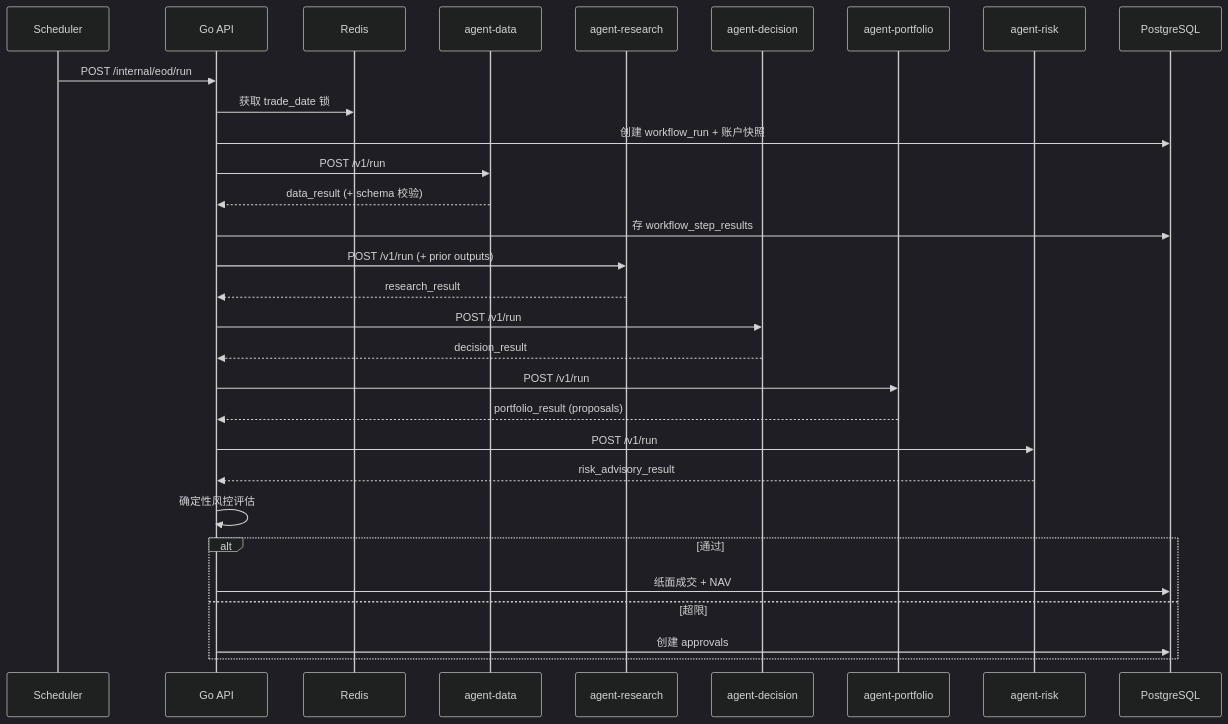
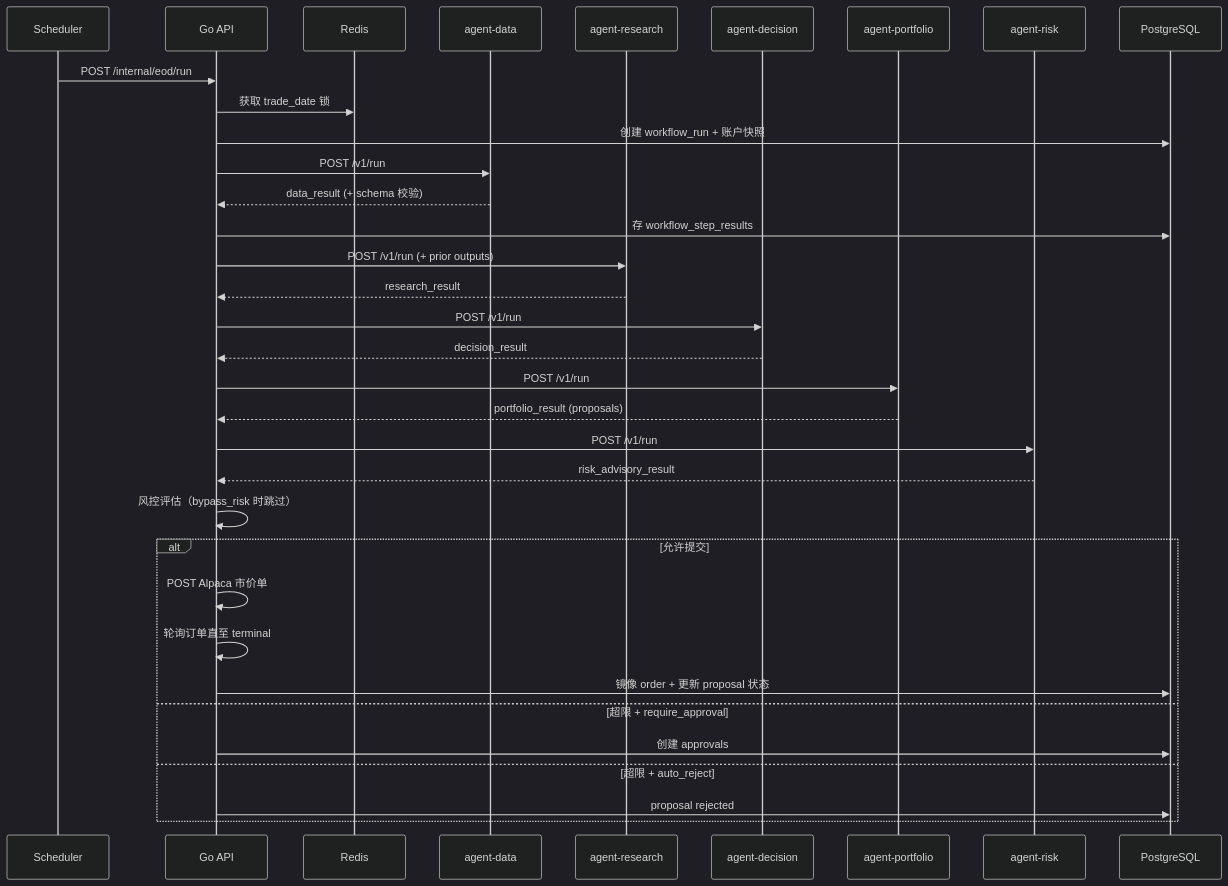
One commit to cyhzuishuai/stock-agents-cursor changed the fourth of 4 diagrams in docs/eod-workflow-flowchart.md. Above: the diagram before and after it, drawn with Mermaid (dark theme). The commit also changed other lines of this file and 3 other files, not shown here.

````diff
--- a/docs/eod-workflow-flowchart.md
+++ b/docs/eod-workflow-flowchart.md
@@ -135,36 +161,40 @@
 ```mermaid
 sequenceDiagram
   participant Cron as Scheduler
   participant API as Go API
   participant R as Redis
   participant D as agent-data
   participant Re as agent-research
   participant De as agent-decision
   participant Po as agent-portfolio
   participant Ri as agent-risk
   participant DB as PostgreSQL
 
   Cron->>API: POST /internal/eod/run
   API->>R: 获取 trade_date 锁
   API->>DB: 创建 workflow_run + 账户快照
 
   API->>D: POST /v1/run
   D-->>API: data_result (+ schema 校验)
   API->>DB: 存 workflow_step_results
 
   API->>Re: POST /v1/run (+ prior outputs)
   Re-->>API: research_result
   API->>De: POST /v1/run
   De-->>API: decision_result
   API->>Po: POST /v1/run
   Po-->>API: portfolio_result (proposals)
   API->>Ri: POST /v1/run
   Ri-->>API: risk_advisory_result
 
-  API->>API: 确定性风控评估
-  alt 通过
-    API->>DB: 纸面成交 + NAV
-  else 超限
+  API->>API: 风控评估（bypass_risk 时跳过）
+  alt 允许提交
+    API->>API: POST Alpaca 市价单
+    API->>API: 轮询订单直至 terminal
+    API->>DB: 镜像 order + 更新 proposal 状态
+  else 超限 + require_approval
     API->>DB: 创建 approvals
+  else 超限 + auto_reject
+    API->>DB: proposal rejected
   end
 ```
````
